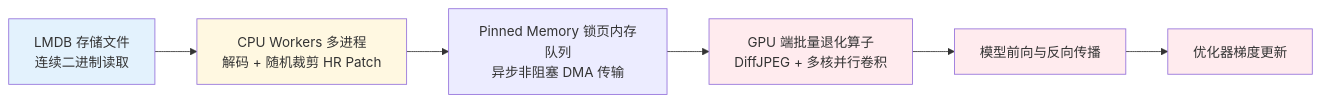
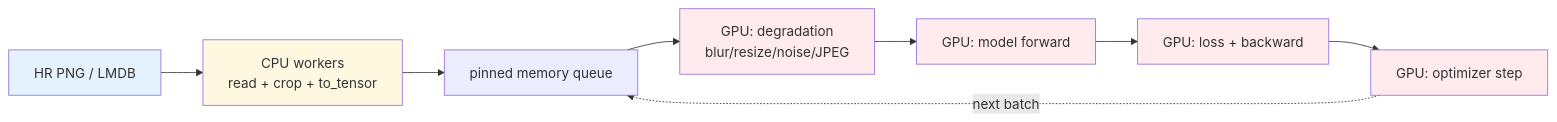
Before and after one commit to yingwang/image-enhancement-guide: the fourth of 4 diagrams in chapters/05-degradation-pipeline.md, drawn with Mermaid. The commit also changed other lines of this file and 18 other files, not shown here.

````diff
--- a/chapters/05-degradation-pipeline.md
+++ b/chapters/05-degradation-pipeline.md
@@ -438,14 +765,17 @@
 ```mermaid
 graph LR
-    Disk["LMDB 存储文件<br/>连续二进制读取"] --> CPU["CPU Workers 多进程<br/>解码 + 随机裁剪 HR Patch"]
-    CPU --> Queue["Pinned Memory 锁页内存队列<br/>异步非阻塞 DMA 传输"]
-    Queue --> GPU1["GPU 端批量退化算子<br/>DiffJPEG + 多核并行卷积"]
-    GPU1 --> GPU2["模型前向与反向传播"]
-    GPU2 --> GPU3["优化器梯度更新"]
+    Disk[HR PNG / LMDB] --> CPU[CPU workers<br/>read + crop + to_tensor]
+    CPU --> Queue[pinned memory queue]
+    Queue --> GPU1[GPU: degradation<br/>blur/resize/noise/JPEG]
+    GPU1 --> GPU2[GPU: model forward]
+    GPU2 --> GPU3[GPU: loss + backward]
+    GPU3 --> GPU4[GPU: optimizer step]
+    GPU4 -.next batch.-> Queue
 
     style Disk fill:#e3f2fd
     style CPU fill:#fff8e1
     style GPU1 fill:#ffebee
     style GPU2 fill:#ffebee
     style GPU3 fill:#ffebee
+    style GPU4 fill:#ffebee
 ```
````
